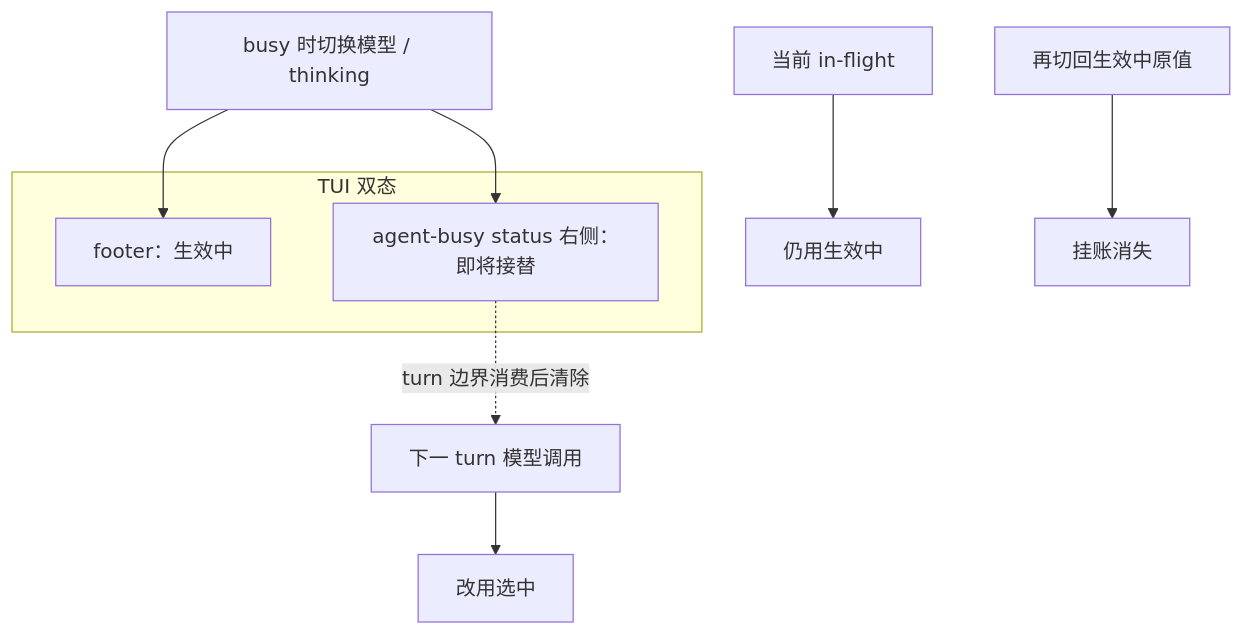
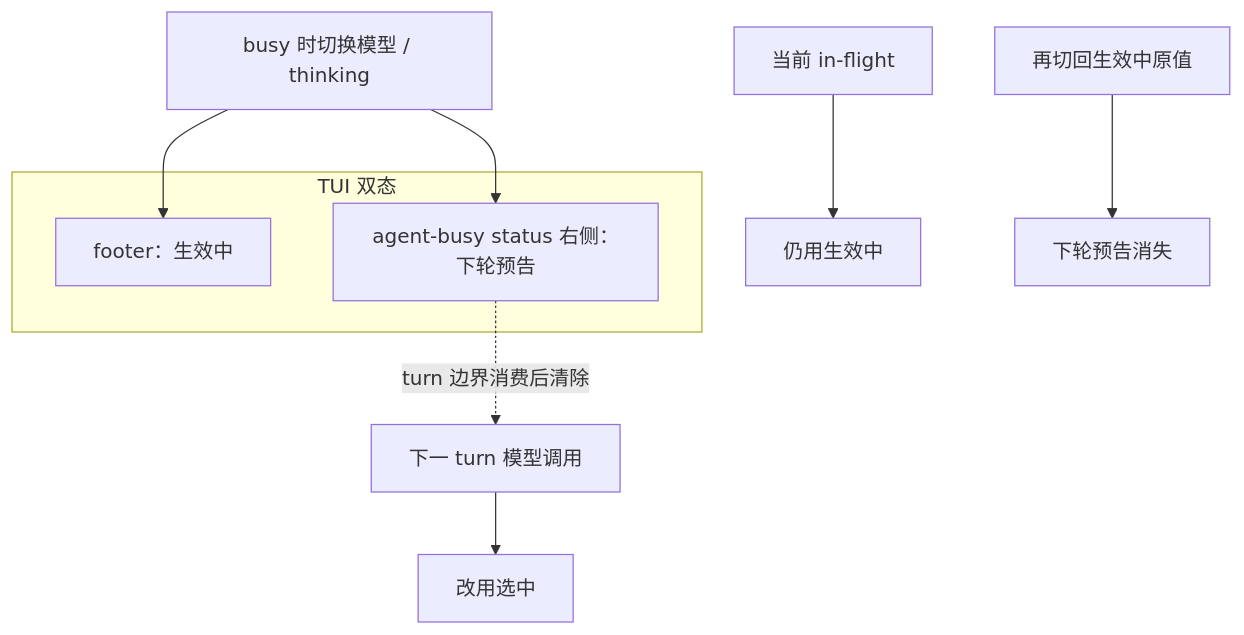
Before and after one commit to StrayDragon/xylitol: the diagram in docs/architecture/运行时即时设置.md, drawn with Mermaid. The commit also changed other lines of this file and 25 other files, not shown here.

````diff
--- a/docs/architecture/运行时即时设置.md
+++ b/docs/architecture/运行时即时设置.md
@@ -33,13 +35,13 @@
 ```mermaid
 flowchart TB
   subgraph chrome ["TUI 双态"]
     Active["footer：生效中"]
-    Pending["agent-busy status 右侧：即将接替"]
+    Pending["agent-busy status 右侧：下轮预告"]
   end
   Switch["busy 时切换模型 / thinking"] --> Active
   Switch --> Pending
   Inflight["当前 in-flight"] --> Old["仍用生效中"]
   Next["下一 turn 模型调用"] --> New["改用选中"]
   Pending -.->|turn 边界消费后清除| Next
-  Revert["再切回生效中原值"] --> Clear["挂账消失"]
+  Revert["再切回生效中原值"] --> Clear["下轮预告消失"]
 ```
````
